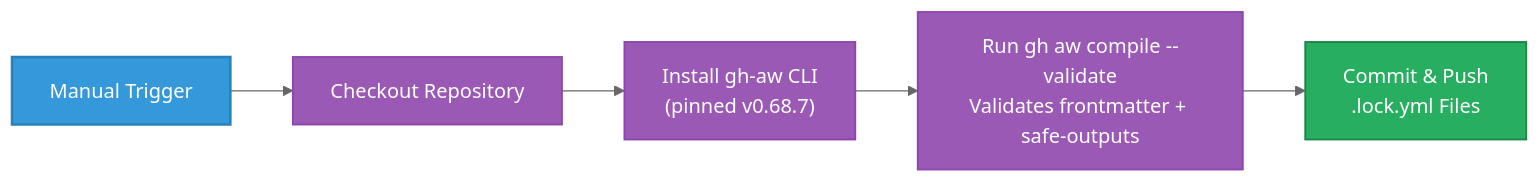
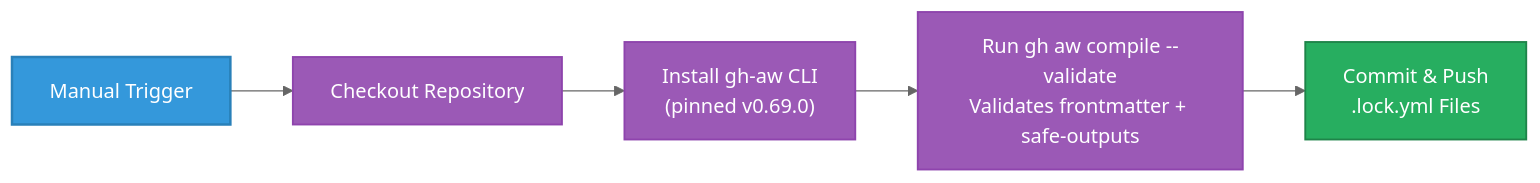
Before and after one commit to Hack23/euparliamentmonitor: the ninth of 22 diagrams in WORKFLOWS.md, drawn with Mermaid (neutral theme). The commit also changed other lines of this file and 12 other files, not shown here.

````diff
--- a/WORKFLOWS.md
+++ b/WORKFLOWS.md
@@ -948,15 +948,15 @@
 ```mermaid
 graph LR
     A[Manual Trigger] --> B[Checkout Repository]
-    B --> C["Install gh-aw CLI<br/>(pinned v0.68.7)"]
+    B --> C["Install gh-aw CLI<br/>(pinned v0.69.0)"]
     C --> D["Run gh aw compile --validate<br/>Validates frontmatter + safe-outputs"]
     D --> E["Commit & Push<br/>.lock.yml Files"]
 
     classDef trigger fill:#3498db,stroke:#2980b9,stroke-width:2px,color:white
     classDef process fill:#9b59b6,stroke:#8e44ad,stroke-width:1.5px,color:white
     classDef output fill:#27ae60,stroke:#1e8449,stroke-width:1.5px,color:white
 
     class A trigger
     class B,C,D process
     class E output
 ```
````
